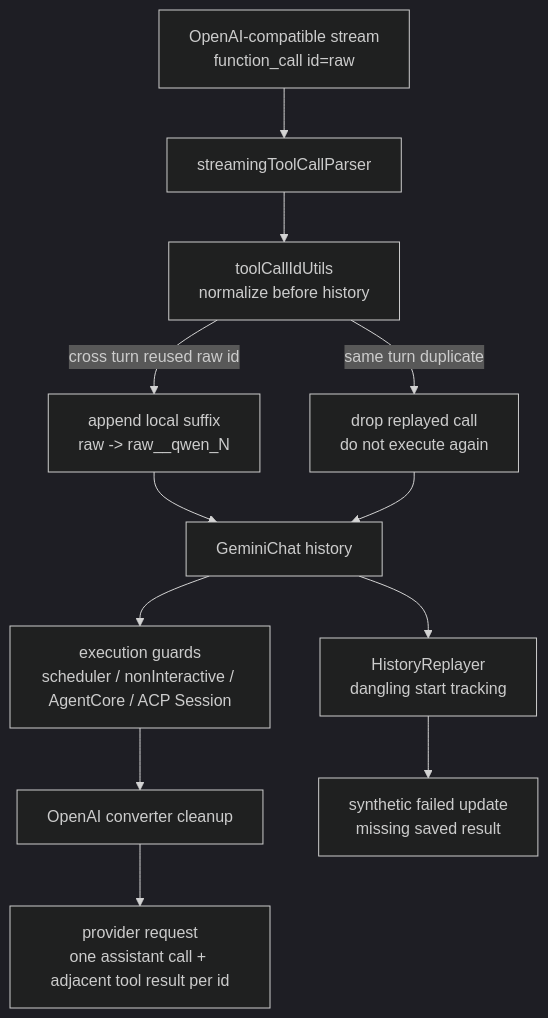
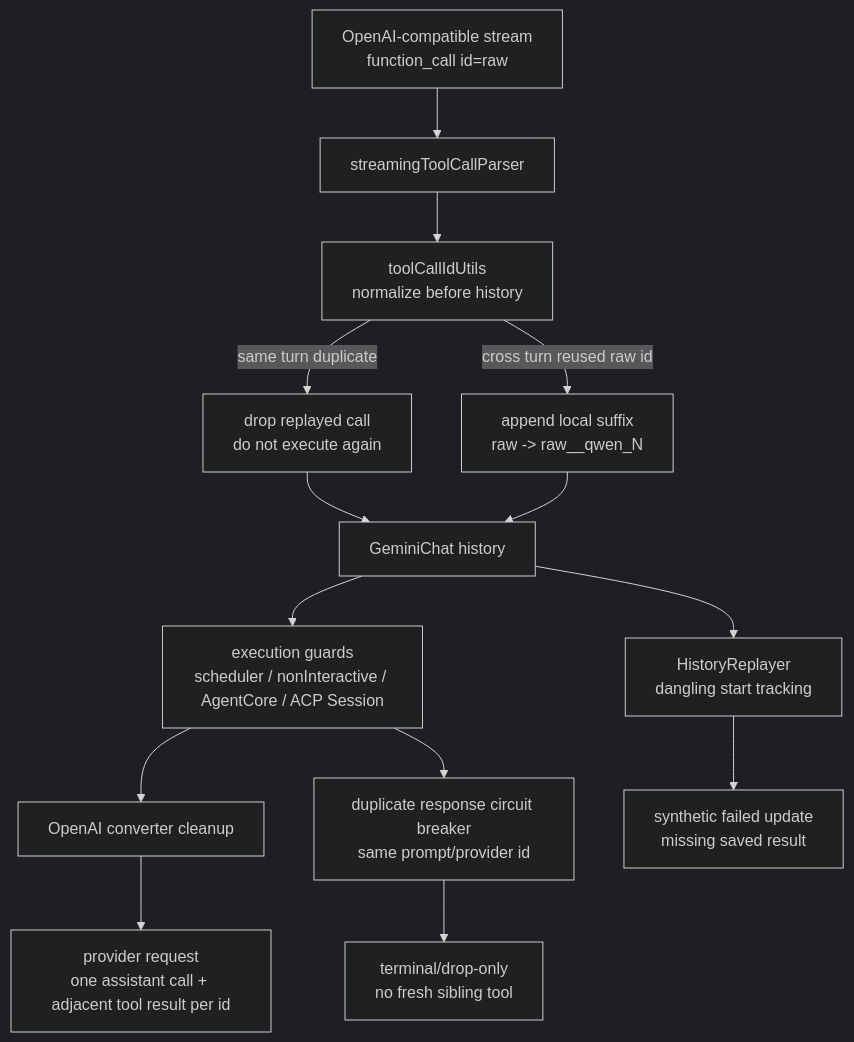
One commit to doudouOUC/code_agent changed the diagram in qwen-code/feature/tool-call-id-integrity.md. Above: the diagram before and after it, drawn with Mermaid (dark theme). The commit also changed other lines of this file and 14 other files, not shown here.

````diff
--- a/qwen-code/feature/tool-call-id-integrity.md
+++ b/qwen-code/feature/tool-call-id-integrity.md
@@ -23,14 +25,16 @@
 ```mermaid
 flowchart TD
     MODEL["OpenAI-compatible stream<br/>function_call id=raw"] --> PARSER["streamingToolCallParser"]
     PARSER --> NORM["toolCallIdUtils<br/>normalize before history"]
     NORM -->|"same turn duplicate"| DROP["drop replayed call<br/>do not execute again"]
     NORM -->|"cross turn reused raw id"| SUFFIX["append local suffix<br/>raw -> raw__qwen_N"]
     SUFFIX --> HIST["GeminiChat history"]
     DROP --> HIST
     HIST --> GUARD["execution guards<br/>scheduler / nonInteractive / AgentCore / ACP Session"]
     GUARD --> CONV["OpenAI converter cleanup"]
     CONV --> REQ["provider request<br/>one assistant call + adjacent tool result per id"]
     HIST --> REPLAY["HistoryReplayer<br/>dangling start tracking"]
     REPLAY --> FAIL["synthetic failed update<br/>missing saved result"]
+    GUARD --> CB["duplicate response circuit breaker<br/>same prompt/provider id"]
+    CB --> TERM["terminal/drop-only<br/>no fresh sibling tool"]
 ```
````
